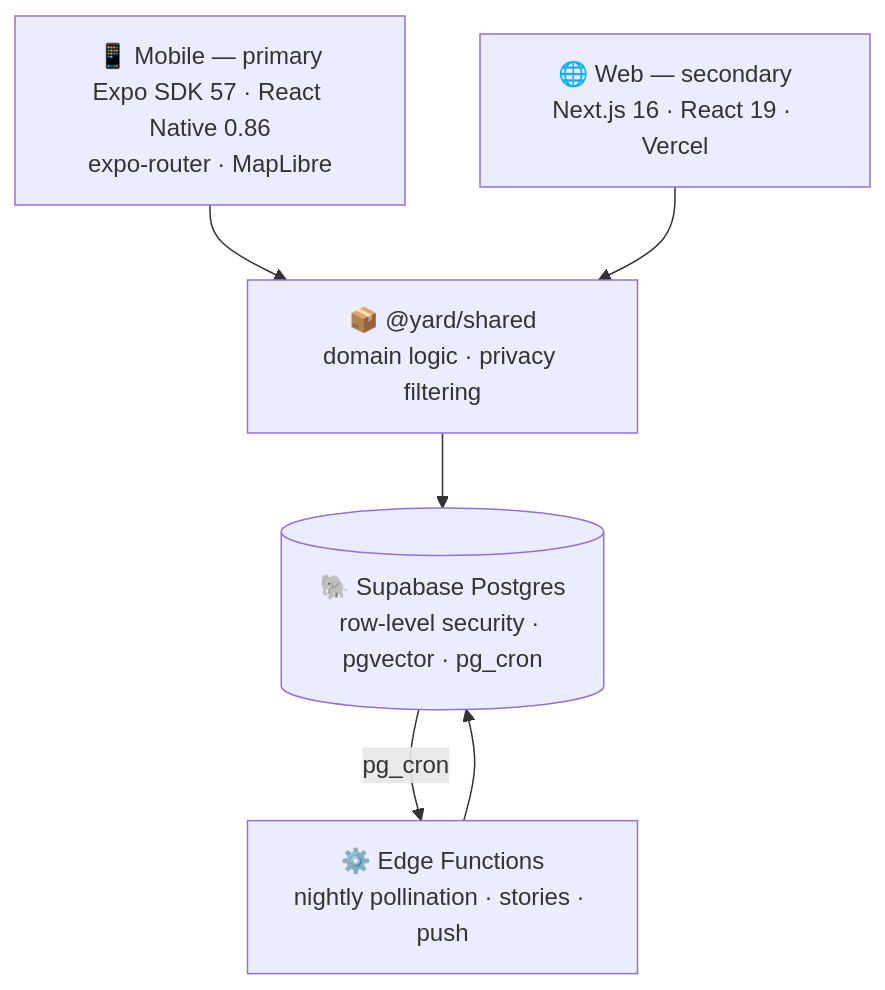
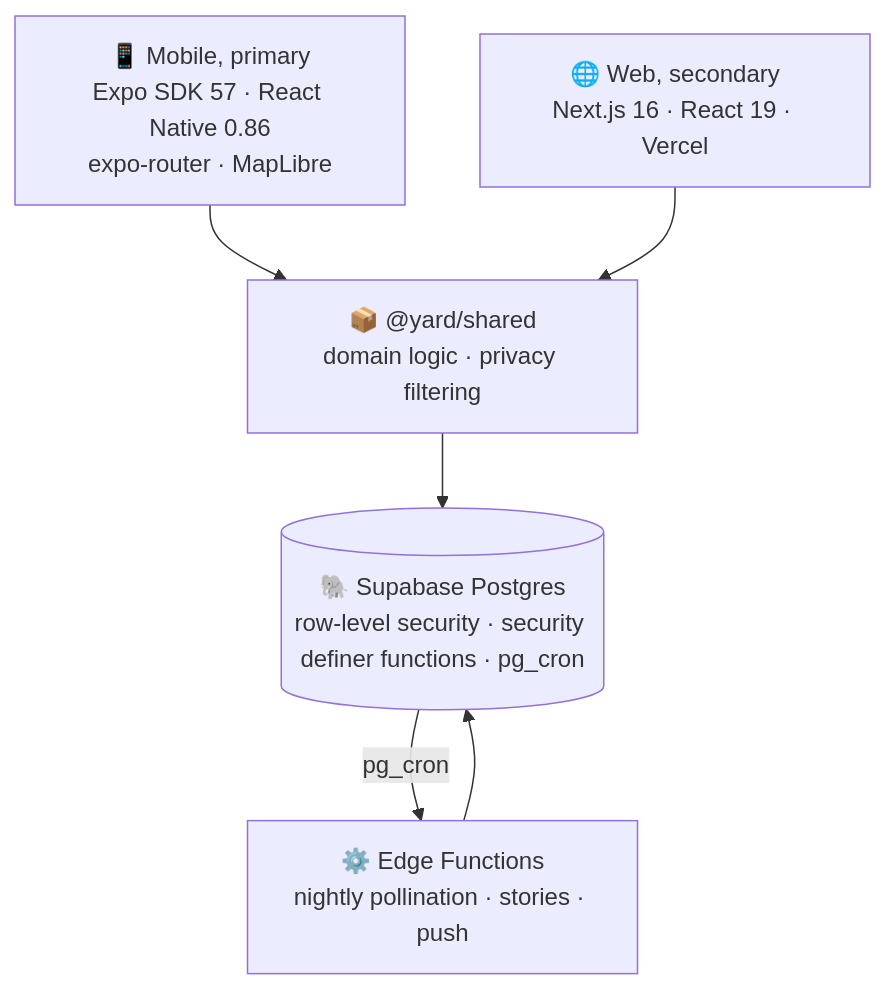
One commit to leohngdev/yard-social changed the diagram in README.md. Above: the diagram before and after it, drawn with Mermaid. The commit also changed other lines of this file and 11 other files, not shown here.

````diff
--- a/README.md
+++ b/README.md
@@ -125,14 +160,14 @@
 ```mermaid
 flowchart TD
-    M["📱 Mobile — primary<br>Expo SDK 57 · React Native 0.86<br>expo-router · MapLibre"]
-    W["🌐 Web — secondary<br>Next.js 16 · React 19 · Vercel"]
+    M["📱 Mobile, primary<br>Expo SDK 57 · React Native 0.86<br>expo-router · MapLibre"]
+    W["🌐 Web, secondary<br>Next.js 16 · React 19 · Vercel"]
     S["📦 @yard/shared<br>domain logic · privacy filtering"]
-    DB[("🐘 Supabase Postgres<br>row-level security · pgvector · pg_cron")]
+    DB[("🐘 Supabase Postgres<br>row-level security · security definer functions · pg_cron")]
     F["⚙️ Edge Functions<br>nightly pollination · stories · push"]
 
     M --> S
     W --> S
     S --> DB
     DB -- "pg_cron" --> F
     F --> DB
 ```
````
